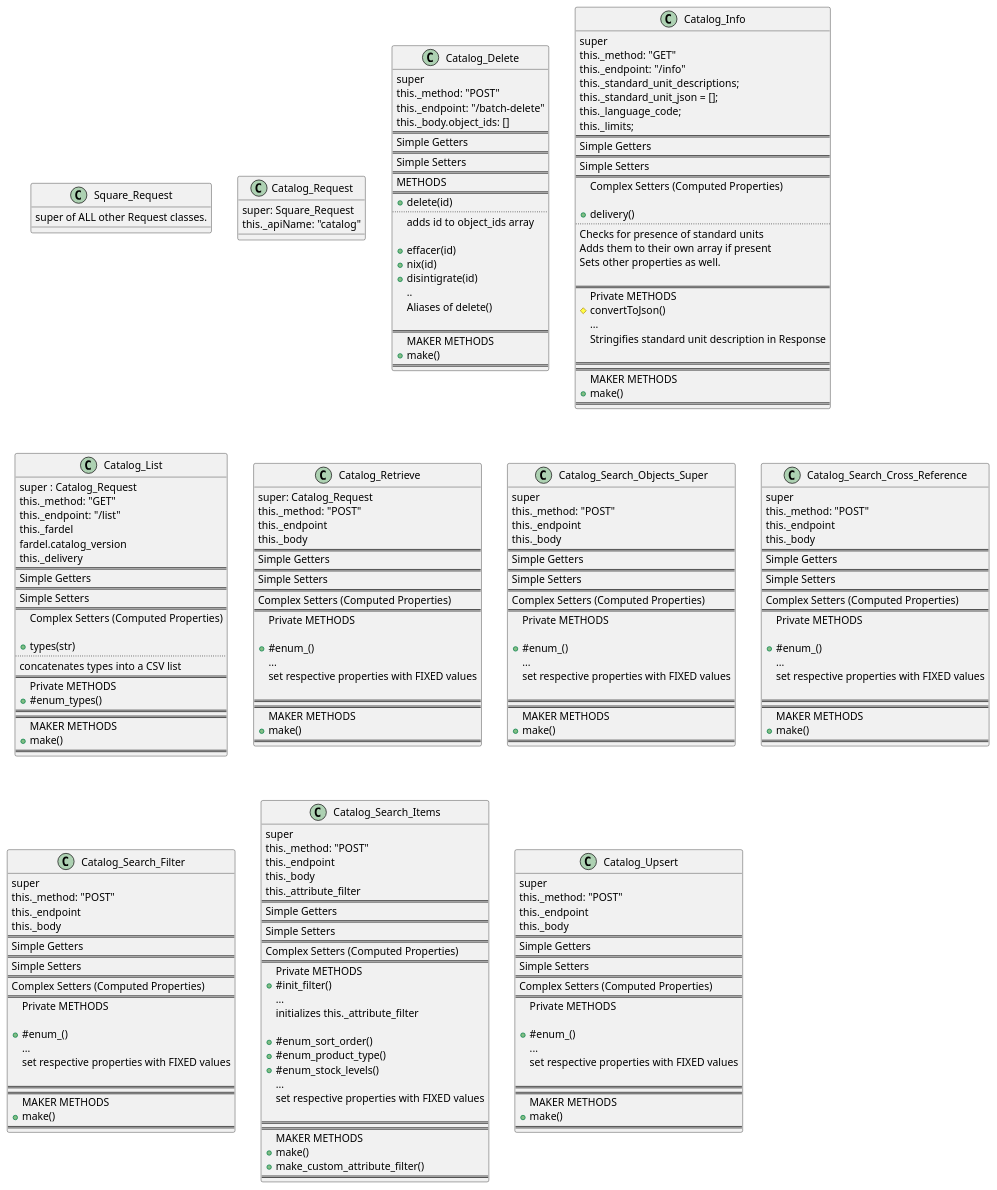
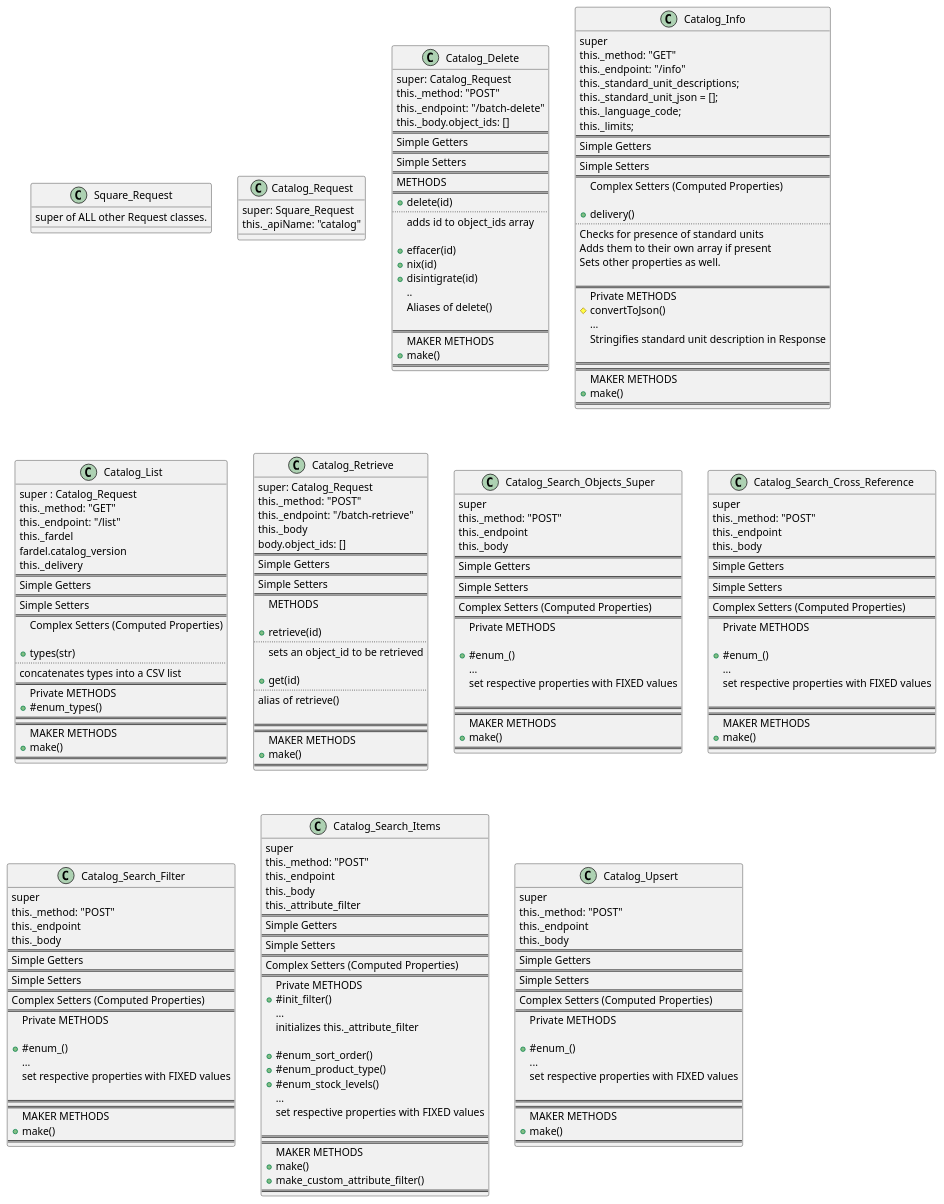
The diagram in docs/uml/catalog_request_pie.puml (TwoFistedJustice/square-pie), drawn with PlantUML before and after one commit.

Commit message:
docs: diagram Catalog_Retrieve

```diff
--- a/docs/uml/catalog_request_pie.puml
+++ b/docs/uml/catalog_request_pie.puml
@@ -11,7 +11,7 @@
 }
 
 class Catalog_Delete {
-super
+super: Catalog_Request
 this._method: "POST"
 this._endpoint: "/batch-delete"
 this._body.object_ids: []
@@ -103,20 +103,23 @@
 class Catalog_Retrieve {
 super: Catalog_Request
 this._method: "POST"
-this._endpoint
+this._endpoint: "/batch-retrieve"
 this._body
+body.object_ids: []
 ==
 Simple Getters
 ==
 Simple Setters
 ==
-Complex Setters (Computed Properties)
-==
-Private METHODS
+METHODS
 
-+#enum_()
-...
-set respective properties with FIXED values
++retrieve(id)
+..
+sets an object_id to be retrieved
+
++get(id)
+..
+alias of retrieve()
 
 ==
 ==
```
